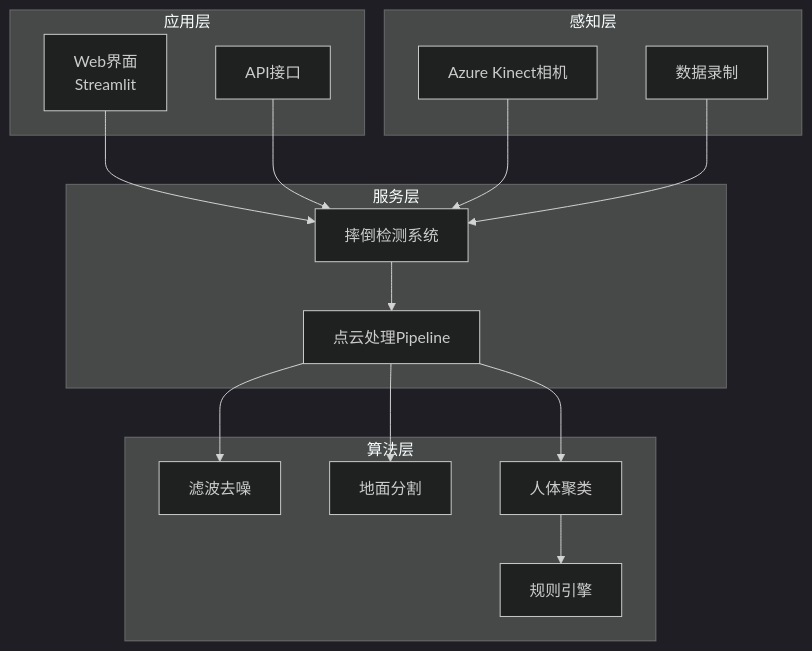
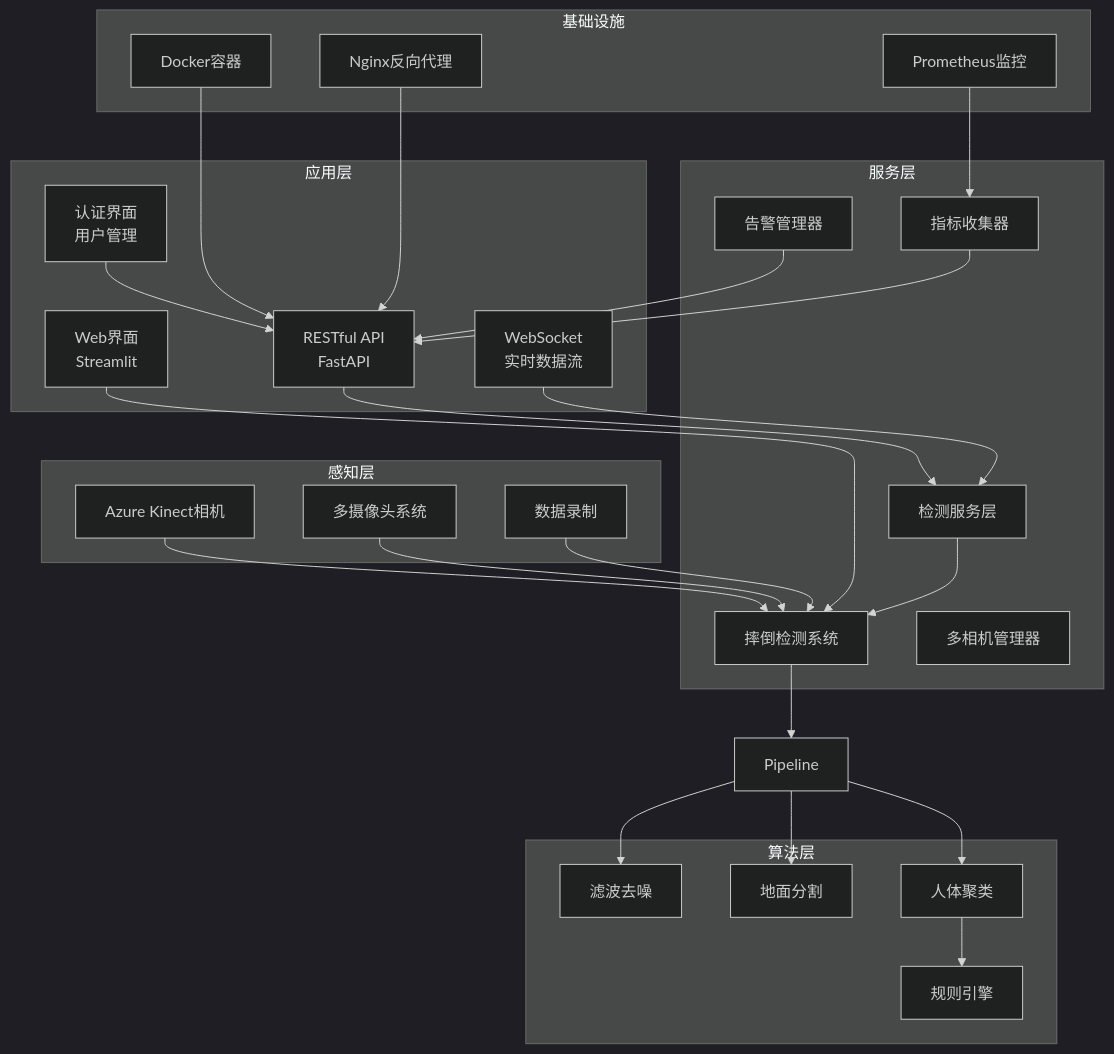
One commit to nanfeng2021/fall-detection-system changed the first of 6 diagrams in .qoder/repowiki/zh/content/API参考文档/API参考文档.md. Above: the diagram before and after it, drawn with Mermaid (dark theme). The commit also changed other lines of this file and 16 other files, not shown here.

````diff
--- a/.qoder/repowiki/zh/content/API参考文档/API参考文档.md
+++ b/.qoder/repowiki/zh/content/API参考文档/API参考文档.md
@@ -39,30 +67,50 @@
 ```mermaid
 graph TB
 subgraph "应用层"
 UI[Web界面<br/>Streamlit]
-API[API接口]
+API[RESTful API<br/>FastAPI]
+WebSocket[WebSocket<br/>实时数据流]
+Auth[认证界面<br/>用户管理]
 end
 subgraph "服务层"
 Detector[摔倒检测系统]
-Pipeline[点云处理Pipeline]
+DetectionService[检测服务层]
+MultiCameraManager[多相机管理器]
+Alerter[告警管理器]
+Metrics[指标收集器]
 end
 subgraph "算法层"
 Filter[滤波去噪]
 Segment[地面分割]
 Cluster[人体聚类]
 Rules[规则引擎]
 end
 subgraph "感知层"
 Camera[Azure Kinect相机]
+MultiCamera[多摄像头系统]
 Recorder[数据录制]
 end
+subgraph "基础设施"
+Docker[Docker容器]
+Nginx[Nginx反向代理]
+Prometheus[Prometheus监控]
+end
 UI --> Detector
-API --> Detector
+API --> DetectionService
+WebSocket --> DetectionService
+Auth --> API
 Detector --> Pipeline
 Pipeline --> Filter
 Pipeline --> Segment
 Pipeline --> Cluster
 Cluster --> Rules
 Camera --> Detector
+MultiCamera --> Detector
 Recorder --> Detector
+DetectionService --> Detector
+Alerter --> API
+Metrics --> API
+Docker --> API
+Nginx --> API
+Prometheus --> Metrics
 ```
````
